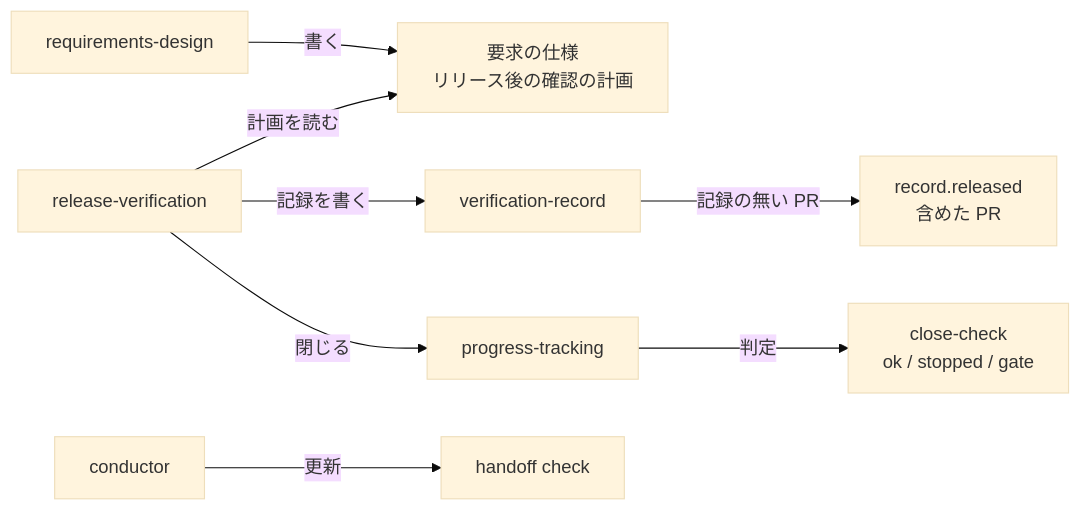
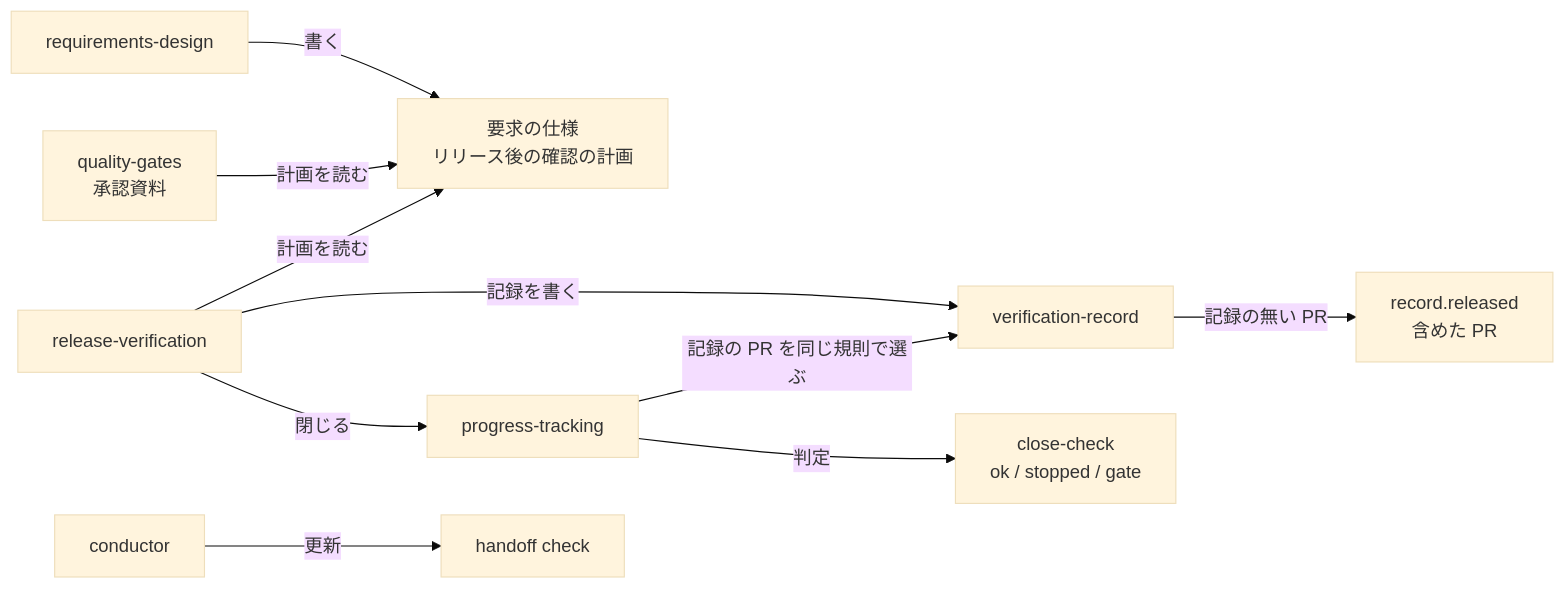
The first of 3 diagrams in issues/issue-3852-3853-3855-3843-design.md (devbasex/ai-plugins), drawn with Mermaid (base theme) before and after one commit. The commit also changed other lines of this file and 2 other files, not shown here.

````diff
--- a/issues/issue-3852-3853-3855-3843-design.md
+++ b/issues/issue-3852-3853-3855-3843-design.md
@@ -132,10 +132,12 @@
 ```mermaid
 flowchart LR
   RV[release-verification] -- 計画を読む --> SPEC[要求の仕様<br/>リリース後の確認の計画]
   RD[requirements-design] -- 書く --> SPEC
+  QG[quality-gates<br/>承認資料] -- 計画を読む --> SPEC
+  PT -- 記録の PR を同じ規則で選ぶ --> VR
   RV -- 記録を書く --> VR[verification-record]
   VR -- 記録の無い PR --> REL[record.released<br/>含めた PR]
   RV -- 閉じる --> PT[progress-tracking]
   PT -- 判定 --> CC[close-check<br/>ok / stopped / gate]
   C[conductor] -- 更新 --> HC[handoff check]
 ```
````
